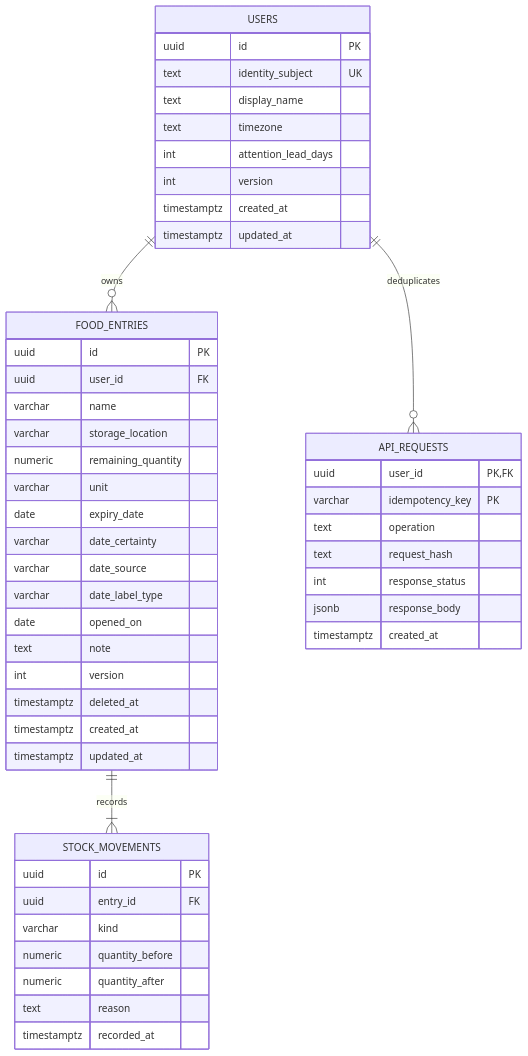
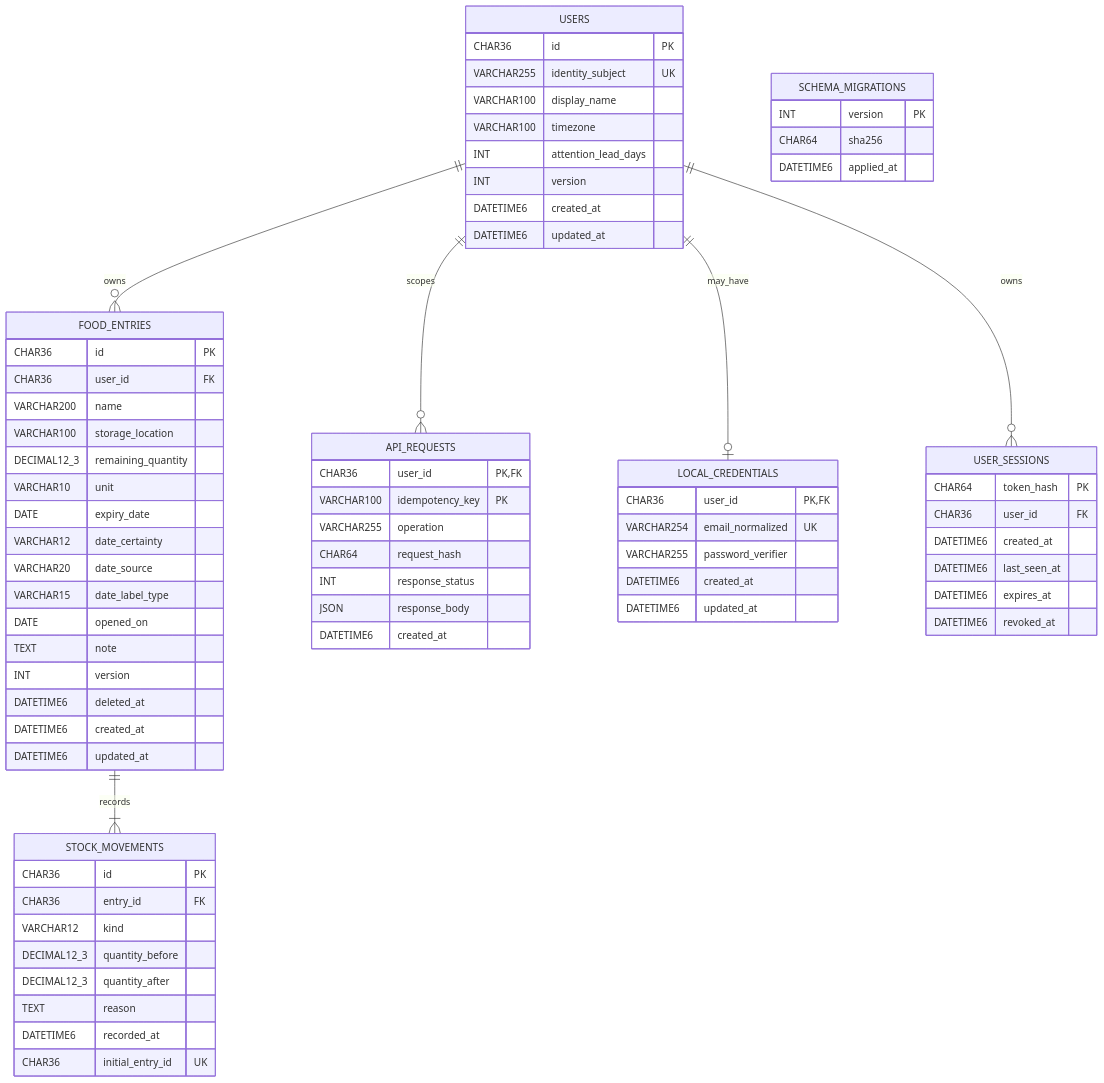
Before and after one commit to tducn011/expiry: the diagram in docs/architecture/06-data-model/erd.md, drawn with Mermaid. The commit also changed other lines of this file and 150 other files, not shown here.

Commit message:
feat(schema): reconcile MySQL data model, forms UX, contracts, and architecture documentation

````diff
--- a/docs/architecture/06-data-model/erd.md
+++ b/docs/architecture/06-data-model/erd.md
@@ -23,52 +25,75 @@
 ```mermaid
 erDiagram
- USERS ||--o{ FOOD_ENTRIES : owns
- USERS ||--o{ API_REQUESTS : deduplicates
- FOOD_ENTRIES ||--|{ STOCK_MOVEMENTS : records
- USERS {
-  uuid id PK
-  text identity_subject UK
-  text display_name
-  text timezone
-  int attention_lead_days
-  int version
-  timestamptz created_at
-  timestamptz updated_at
- }
- FOOD_ENTRIES {
-  uuid id PK
-  uuid user_id FK
-  varchar name
-  varchar storage_location
-  numeric remaining_quantity
-  varchar unit
-  date expiry_date
-  varchar date_certainty
-  varchar date_source
-  varchar date_label_type
-  date opened_on
-  text note
-  int version
-  timestamptz deleted_at
-  timestamptz created_at
-  timestamptz updated_at
- }
- STOCK_MOVEMENTS {
-  uuid id PK
-  uuid entry_id FK
-  varchar kind
-  numeric quantity_before
-  numeric quantity_after
-  text reason
-  timestamptz recorded_at
- }
- API_REQUESTS {
-  uuid user_id PK,FK
-  varchar idempotency_key PK
-  text operation
-  text request_hash
-  int response_status
-  jsonb response_body
-  timestamptz created_at
- }
+  USERS ||--o{ FOOD_ENTRIES : owns
+  USERS ||--o{ API_REQUESTS : scopes
+  USERS ||--o| LOCAL_CREDENTIALS : may_have
+  USERS ||--o{ USER_SESSIONS : owns
+  FOOD_ENTRIES ||--|{ STOCK_MOVEMENTS : records
+  SCHEMA_MIGRATIONS {
+    INT version PK
+    CHAR64 sha256
+    DATETIME6 applied_at
+  }
+  USERS {
+    CHAR36 id PK
+    VARCHAR255 identity_subject UK
+    VARCHAR100 display_name
+    VARCHAR100 timezone
+    INT attention_lead_days
+    INT version
+    DATETIME6 created_at
+    DATETIME6 updated_at
+  }
+  FOOD_ENTRIES {
+    CHAR36 id PK
+    CHAR36 user_id FK
+    VARCHAR200 name
+    VARCHAR100 storage_location
+    DECIMAL12_3 remaining_quantity
+    VARCHAR10 unit
+    DATE expiry_date
+    VARCHAR12 date_certainty
+    VARCHAR20 date_source
+    VARCHAR15 date_label_type
+    DATE opened_on
+    TEXT note
+    INT version
+    DATETIME6 deleted_at
+    DATETIME6 created_at
+    DATETIME6 updated_at
+  }
+  STOCK_MOVEMENTS {
+    CHAR36 id PK
+    CHAR36 entry_id FK
+    VARCHAR12 kind
+    DECIMAL12_3 quantity_before
+    DECIMAL12_3 quantity_after
+    TEXT reason
+    DATETIME6 recorded_at
+    CHAR36 initial_entry_id UK
+  }
+  API_REQUESTS {
+    CHAR36 user_id PK,FK
+    VARCHAR100 idempotency_key PK
+    VARCHAR255 operation
+    CHAR64 request_hash
+    INT response_status
+    JSON response_body
+    DATETIME6 created_at
+  }
+  LOCAL_CREDENTIALS {
+    CHAR36 user_id PK,FK
+    VARCHAR254 email_normalized UK
+    VARCHAR255 password_verifier
+    DATETIME6 created_at
+    DATETIME6 updated_at
+  }
+  USER_SESSIONS {
+    CHAR64 token_hash PK
+    CHAR36 user_id FK
+    DATETIME6 created_at
+    DATETIME6 last_seen_at
+    DATETIME6 expires_at
+    DATETIME6 revoked_at
+  }
 ```
````
